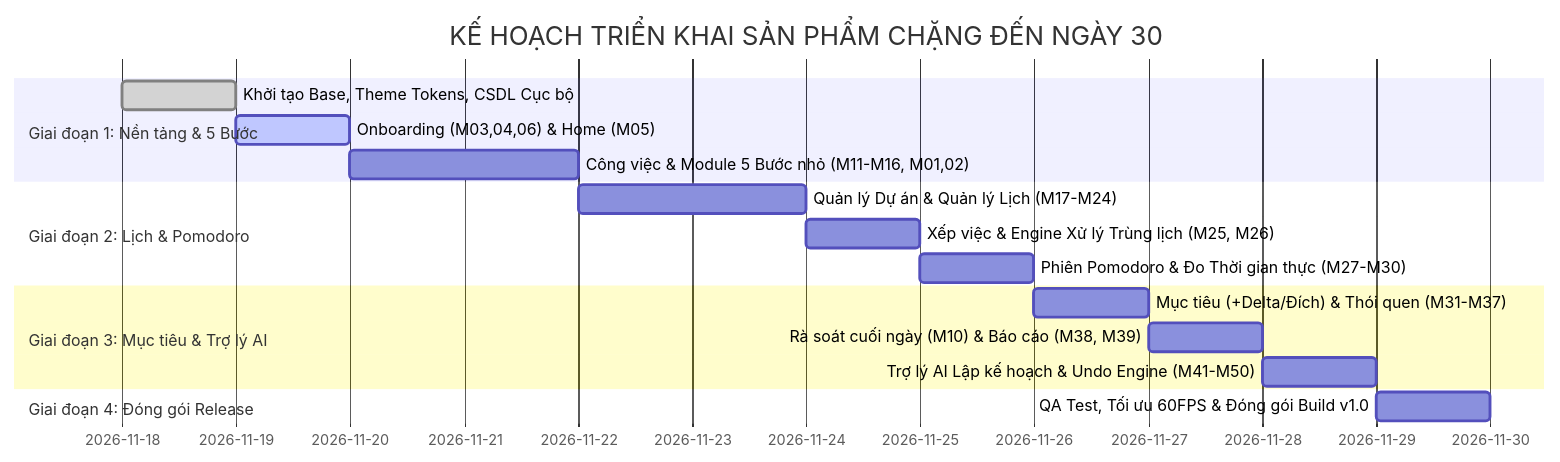
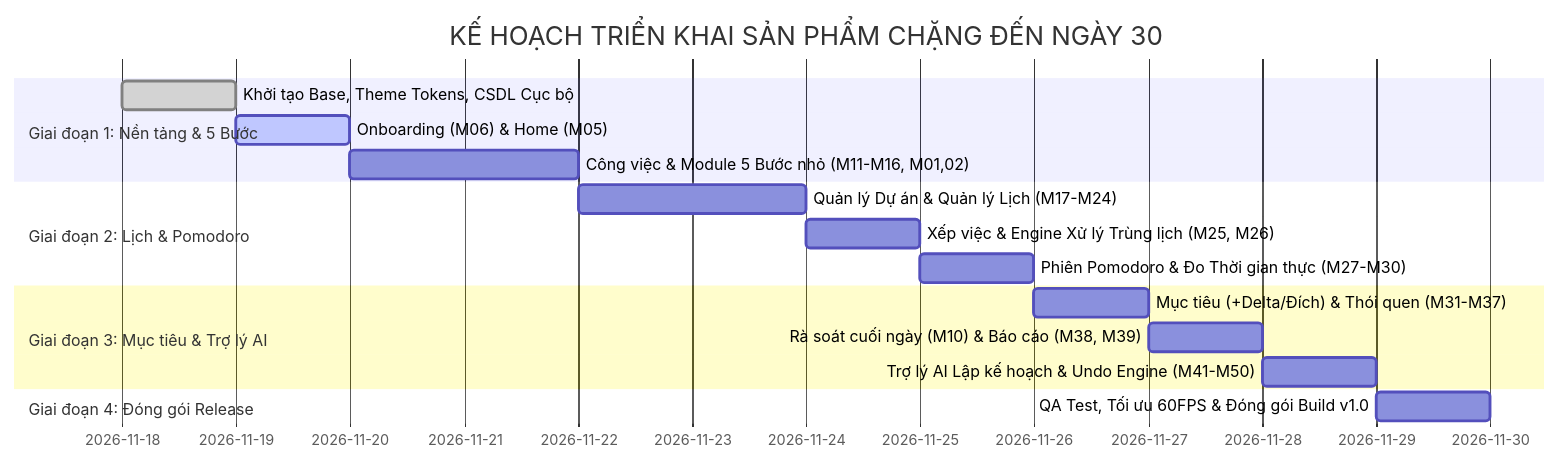
One commit to doanvanchi3n/Chang-App changed the diagram in docs/04_FUNCTION_LIST_AND_ROADMAP_DAY30.md. Above: the diagram before and after it, drawn with Mermaid. The commit also changed other lines of this file and 272 other files, not shown here.

````diff
--- a/docs/04_FUNCTION_LIST_AND_ROADMAP_DAY30.md
+++ b/docs/04_FUNCTION_LIST_AND_ROADMAP_DAY30.md
@@ -69,19 +69,19 @@
 ```mermaid
 gantt
     title KẾ HOẠCH TRIỂN KHAI SẢN PHẨM CHẶNG ĐẾN NGÀY 30
     dateFormat  YYYY-MM-DD
     section Giai đoạn 1: Nền tảng & 5 Bước
     Khởi tạo Base, Theme Tokens, CSDL Cục bộ   :done, 2026-11-18, 2026-11-19
-    Onboarding (M03,04,06) & Home (M05)        :active, 2026-11-19, 2026-11-20
+    Onboarding (M06) & Home (M05)               :active, 2026-11-19, 2026-11-20
     Công việc & Module 5 Bước nhỏ (M11-M16, M01,02): 2026-11-20, 2026-11-22
     section Giai đoạn 2: Lịch & Pomodoro
     Quản lý Dự án & Quản lý Lịch (M17-M24)     : 2026-11-22, 2026-11-24
     Xếp việc & Engine Xử lý Trùng lịch (M25, M26): 2026-11-24, 2026-11-25
     Phiên Pomodoro & Đo Thời gian thực (M27-M30): 2026-11-25, 2026-11-26
     section Giai đoạn 3: Mục tiêu & Trợ lý AI
     Mục tiêu (+Delta/Đích) & Thói quen (M31-M37): 2026-11-26, 2026-11-27
     Rà soát cuối ngày (M10) & Báo cáo (M38, M39): 2026-11-27, 2026-11-28
     Trợ lý AI Lập kế hoạch & Undo Engine (M41-M50): 2026-11-28, 2026-11-29
     section Giai đoạn 4: Đóng gói Release
     QA Test, Tối ưu 60FPS & Đóng gói Build v1.0: 2026-11-29, 2026-11-30
 ```
````
